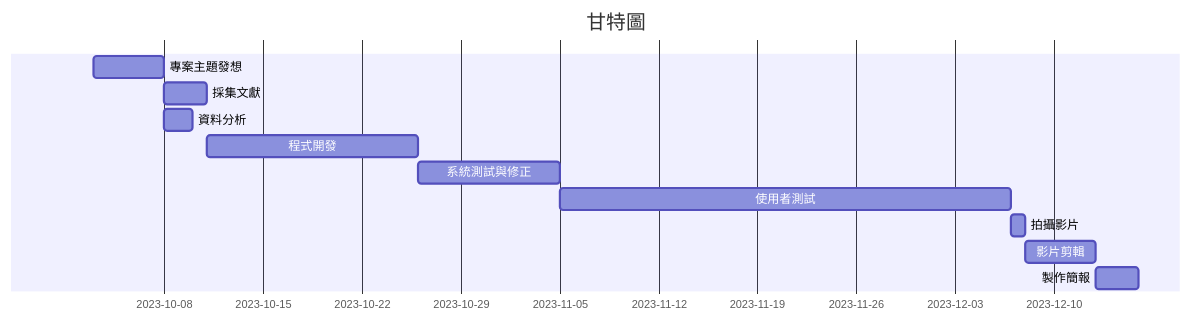
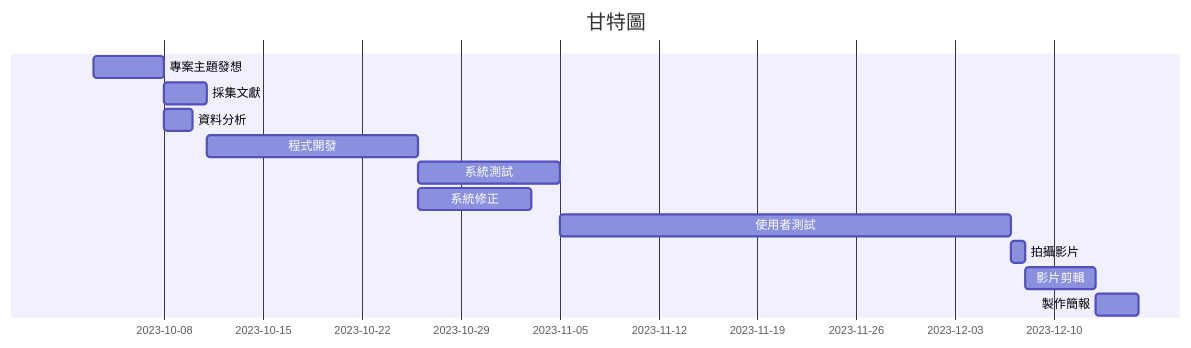
One commit to kungchieh/group_9 changed the diagram in README.md. Above: the diagram before and after it, drawn with Mermaid. The commit also changed other lines of this file, not shown here.

````diff
--- a/README.md
+++ b/README.md
@@ -35,13 +36,14 @@
 ```mermaid
 gantt
     title 甘特圖
 　　專案主題發想     : a1 , 2023-10-03 , 5d
     採集文獻     : a2 , after a1 , 3d
     資料分析    : a3 , after a1 , 2d
     程式開發     : a4 , after a2 , 15d
-    系統測試與修正     : a5 , after a4 , 10d
+    系統測試     : a5 , after a4 , 10d
+    系統修正     : b1 , after a4 , 8d
     使用者測試     : a6 , after a4 a5 , 32d
     拍攝影片     : a7 , after a6 , 1d
     影片剪輯   : a8 , after a7 ,5d
     製作簡報   : a9 , after a8 ,3d
 ```
````
